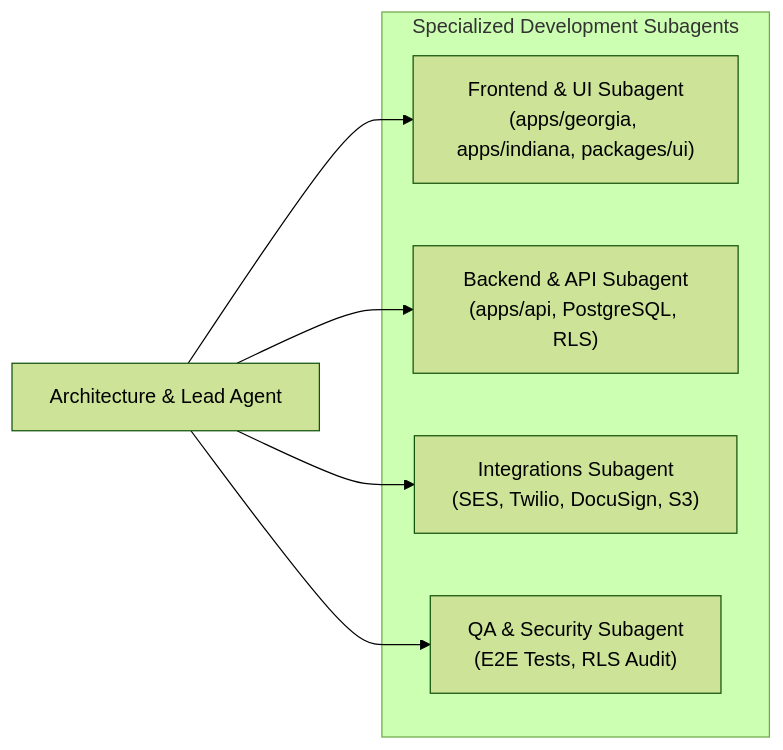
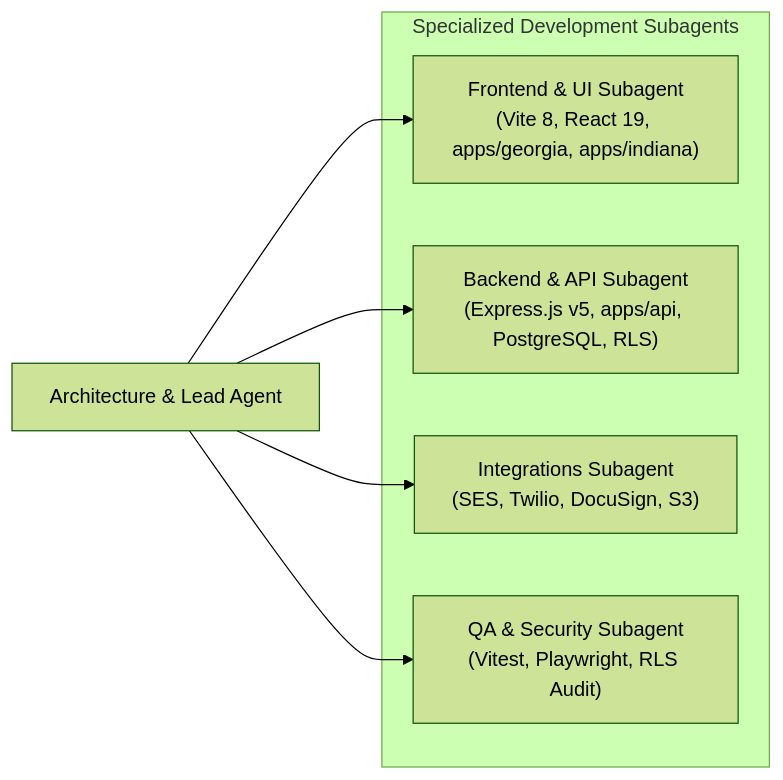
The third of 3 diagrams in docs/agents.md (jico19/Crystal), drawn with Mermaid (forest theme) before and after one commit. The commit also changed other lines of this file and 424 other files, not shown here.

Commit message:
feat: implement Spec 01 and Spec 02 with full navigation, Vite SPAs, and local PostgreSQL integration

````diff
--- a/docs/agents.md
+++ b/docs/agents.md
@@ -212,16 +217,16 @@
 ```mermaid
 graph LR
     Architect["Architecture & Lead Agent"]
     
     subgraph DevSubagents["Specialized Development Subagents"]
-        FrontendAgent["Frontend & UI Subagent<br/>(apps/georgia, apps/indiana, packages/ui)"]
-        BackendAgent["Backend & API Subagent<br/>(apps/api, PostgreSQL, RLS)"]
+        FrontendAgent["Frontend & UI Subagent<br/>(Vite 8, React 19, apps/georgia, apps/indiana)"]
+        BackendAgent["Backend & API Subagent<br/>(Express.js v5, apps/api, PostgreSQL, RLS)"]
         IntegrationAgent["Integrations Subagent<br/>(SES, Twilio, DocuSign, S3)"]
-        QASubagent["QA & Security Subagent<br/>(E2E Tests, RLS Audit)"]
+        QASubagent["QA & Security Subagent<br/>(Vitest, Playwright, RLS Audit)"]
     end
     
     Architect --> FrontendAgent
     Architect --> BackendAgent
     Architect --> IntegrationAgent
     Architect --> QASubagent
 ```
````
